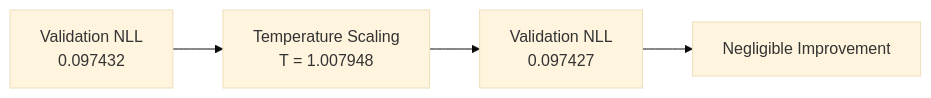
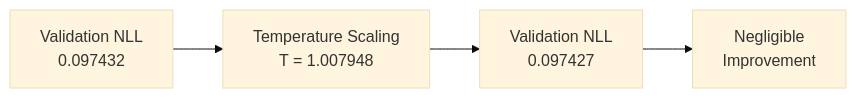
One commit to hammedfataio/trustworthy-healthcare-ai changed the sixth of 11 diagrams in docs/experiment_002_calibration.md. Above: the diagram before and after it, drawn with Mermaid (base theme). The commit also changed other lines of this file, not shown here.

````diff
--- a/docs/experiment_002_calibration.md
+++ b/docs/experiment_002_calibration.md
@@ -506,11 +487,11 @@
 ```mermaid
 flowchart LR
 
     BEFORE["Validation NLL<br/>0.097432"]
 
     BEFORE --> TEMP["Temperature Scaling<br/>T = 1.007948"]
 
     TEMP --> AFTER["Validation NLL<br/>0.097427"]
 
-    AFTER --> RESULT["Negligible Improvement"]
+    AFTER --> RESULT["Negligible<br/>Improvement"]
 ```
````
